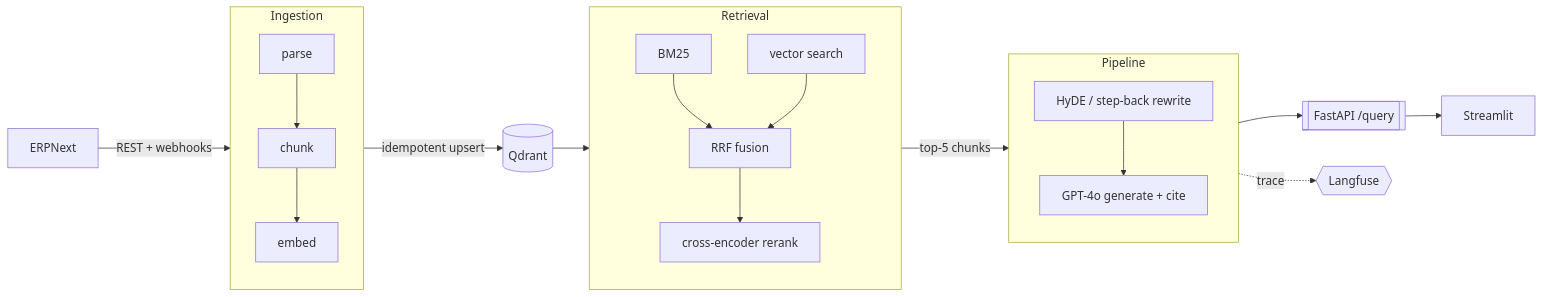
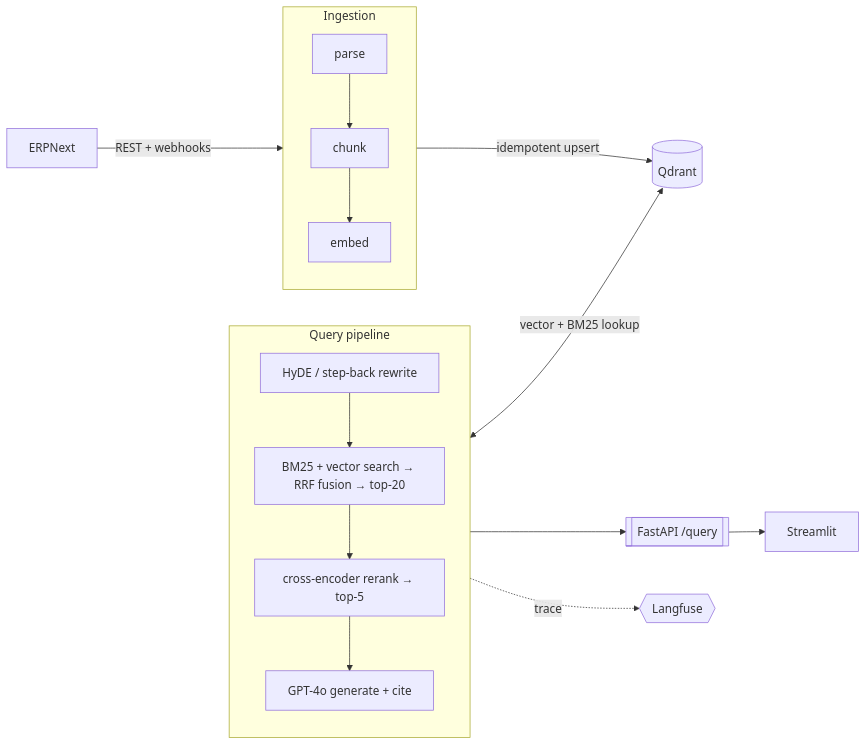
Before and after one commit to arunjoyt/contract-intelligence: the diagram in README.md, drawn with Mermaid. The commit also changed other lines of this file and 1 other file, not shown here.

Commit message:
docs: fix architecture diagrams to show query rewrite before retrieval
The README mermaid diagram and the ARCHITECTURE.md ASCII diagram grouped
nodes by code module (ingestion/retrieval/pipeline), which made query
rewriting look like a post-retrieval step feeding the top-5 into generation.
Redraw both as execution order: rewrite is the request entry point and runs
before hybrid search; retrieval narrows top-20 to top-5 before generation.

````diff
--- a/README.md
+++ b/README.md
@@ -22,33 +22,29 @@
 ```mermaid
 flowchart LR
     ERP[ERPNext]
 
     subgraph ING[Ingestion]
         direction TB
         PARSE[parse] --> CHUNK[chunk] --> EMBED[embed]
     end
 
     QD[(Qdrant)]
 
-    subgraph RET[Retrieval]
+    subgraph QUERY[Query pipeline]
         direction TB
-        BM25[BM25] & VEC[vector search] --> RRF[RRF fusion] --> RERANK[cross-encoder rerank]
-    end
-
-    subgraph PIPE[Pipeline]
-        direction TB
-        REWRITE[HyDE / step-back rewrite] --> GEN[GPT-4o generate + cite]
+        REWRITE[HyDE / step-back rewrite] --> SEARCH[BM25 + vector search → RRF fusion → top-20]
+        SEARCH --> RERANK[cross-encoder rerank → top-5]
+        RERANK --> GEN[GPT-4o generate + cite]
     end
 
     API[[FastAPI /query]]
     UI[Streamlit]
     LF{{Langfuse}}
 
     ERP -- "REST + webhooks" --> ING
     ING -- "idempotent upsert" --> QD
-    QD --> RET
-    RET -- "top-5 chunks" --> PIPE
-    PIPE --> API
+    QUERY <-- "vector + BM25 lookup" --> QD
+    QUERY --> API
     API --> UI
-    PIPE -. "trace" .-> LF
+    QUERY -. "trace" .-> LF
 ```
````
